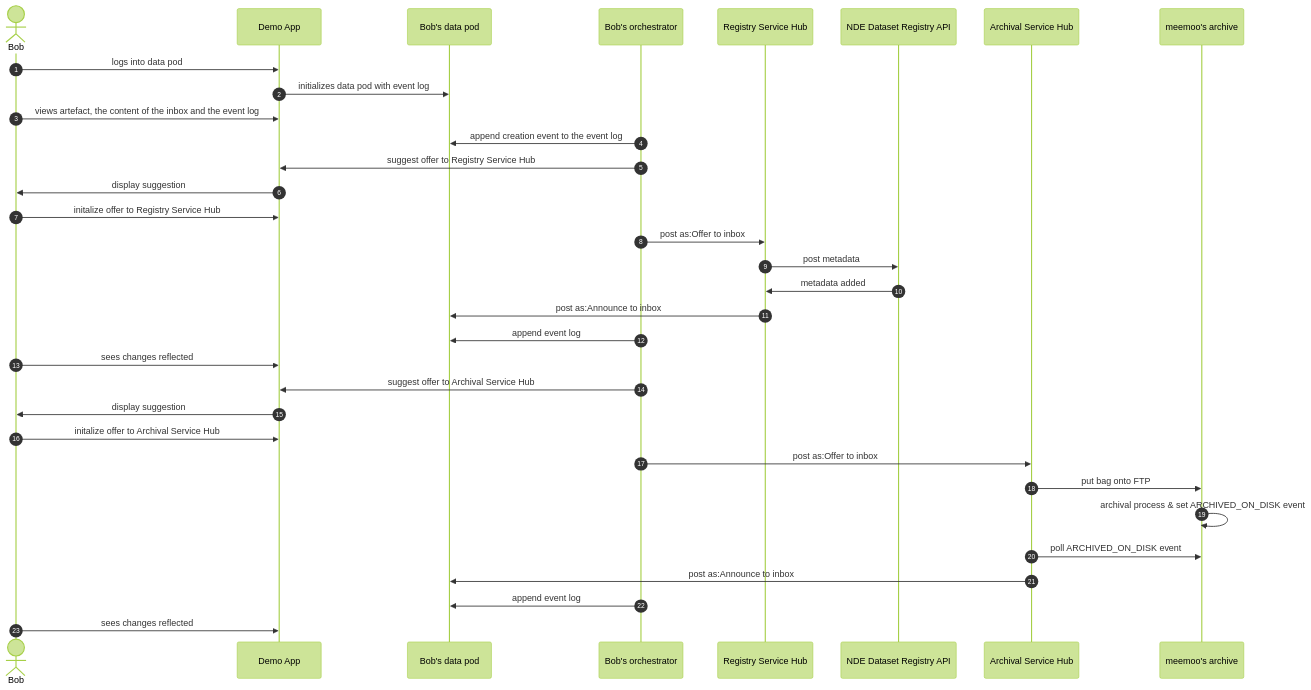
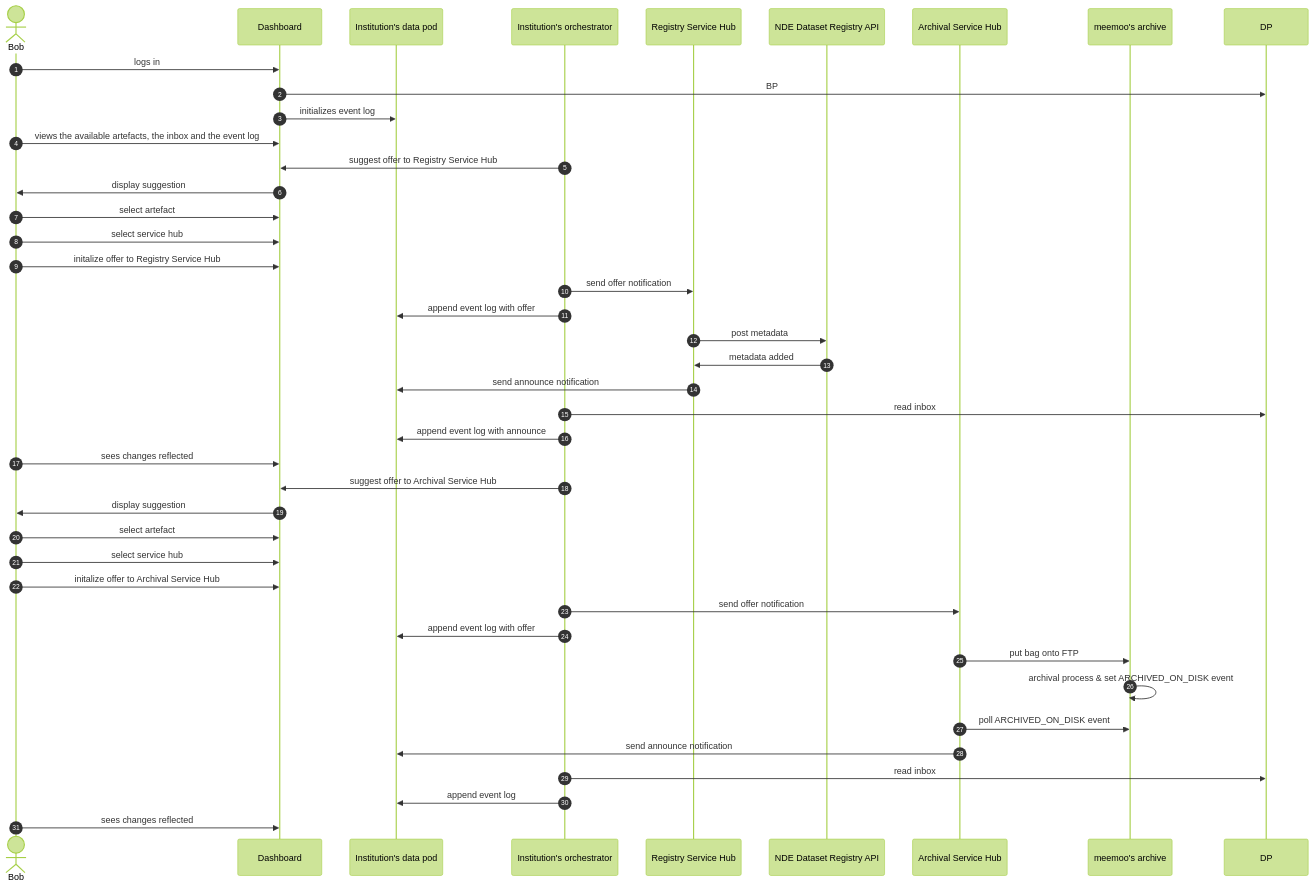
One commit to CRISalid-esr/spec-usecases changed the diagram in diagrams/heritage/bob-requests-service.md. Above: the diagram before and after it, drawn with Mermaid (forest theme). The commit also changed 5 other files, not shown here.

Commit message:
Updates diagrams with event log updates

````diff
--- a/diagrams/heritage/bob-requests-service.md
+++ b/diagrams/heritage/bob-requests-service.md
@@ -1,40 +1,48 @@
 ```mermaid
 sequenceDiagram
     actor Bob
-    participant DA as Demo App
-    participant BP as Bob's data pod
-    participant BO as Bob's orchestrator
+    participant DA as Dashboard
+    participant BP as Institution's data pod
+    participant BO as Institution's orchestrator
     participant RSH as Registry Service Hub
     participant DR as NDE Dataset Registry API
     participant ASH as Archival Service Hub
     participant MA as meemoo's archive
 
     autonumber
-    Bob ->> DA: logs into data pod
-    DA  ->> BP: initializes data pod with event log
-    Bob ->> DA: views artefact, the content of the inbox and the event log
-    BO ->> BP: append creation event to the event log
+    Bob ->> DA: logs in
+    DA ->> DP: BP
+    DA  ->> BP: initializes event log
+    Bob ->> DA: views the available artefacts, the inbox and the event log
     
     BO ->> DA: suggest offer to Registry Service Hub
     DA ->> Bob: display suggestion
+    Bob ->> DA: select artefact
+    Bob ->> DA: select service hub
     Bob ->> DA: initalize offer to Registry Service Hub
     
-    BO ->> RSH: post as:Offer to inbox
+    BO ->> RSH: send offer notification
+    BO ->> BP: append event log with offer
     RSH ->> DR: post metadata
     DR ->> RSH: metadata added
-    RSH ->> BP: post as:Announce to inbox
-    BO ->> BP: append event log
+    RSH ->> BP: send announce notification
+    BO ->> DP: read inbox
+    BO ->> BP: append event log with announce
     Bob ->> DA: sees changes reflected
 
     BO ->> DA: suggest offer to Archival Service Hub
     DA ->> Bob: display suggestion
+    Bob ->> DA: select artefact
+    Bob ->> DA: select service hub
     Bob ->> DA: initalize offer to Archival Service Hub
     
-    BO ->> ASH: post as:Offer to inbox
+    BO ->> ASH: send offer notification
+    BO ->> BP: append event log with offer
     ASH ->> MA: put bag onto FTP
     MA ->> MA: archival process & set ARCHIVED_ON_DISK event 
     ASH ->> MA: poll ARCHIVED_ON_DISK event
-    ASH ->> BP: post as:Announce to inbox
+    ASH ->> BP: send announce notification
+    BO ->> DP: read inbox
     BO ->> BP: append event log
     Bob ->> DA: sees changes reflected
 ```
````
